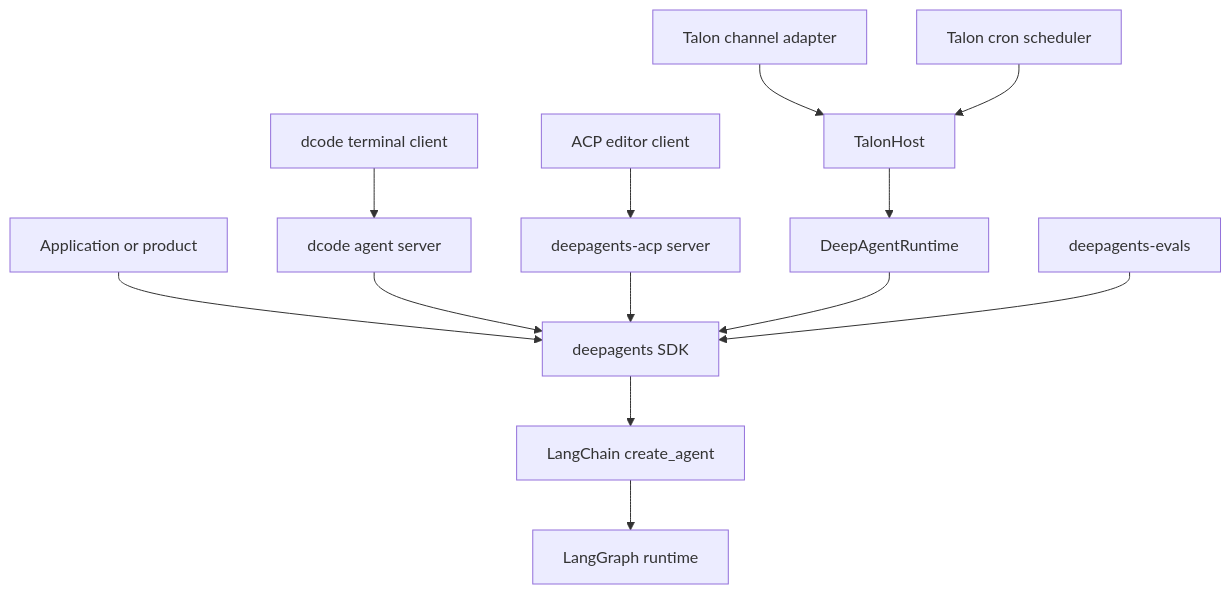
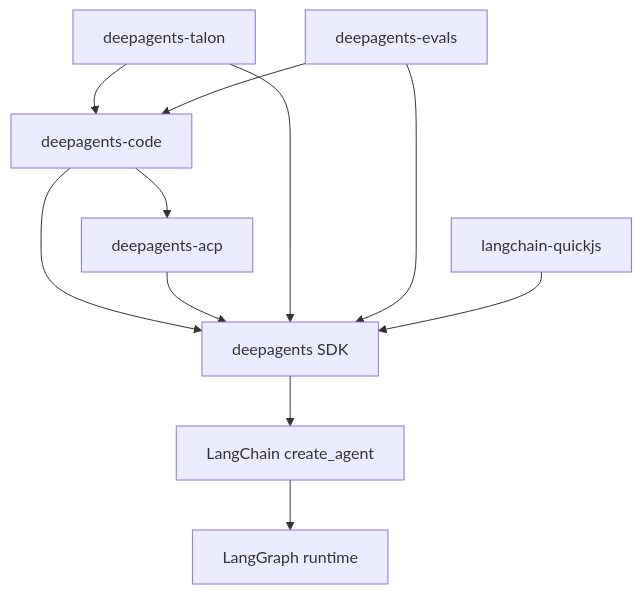
The first of 2 diagrams in openwiki/architecture/overview.md (langchain-ai/deepagents), drawn with Mermaid before and after one commit. The commit also changed other lines of this file and 39 other files, not shown here.

````diff
--- a/openwiki/architecture/overview.md
+++ b/openwiki/architecture/overview.md
@@ -82,15 +85,13 @@
 ```mermaid
 flowchart TD
-  Product["Application or product"] --> SDK["deepagents SDK"]
-  DcodeClient["dcode terminal client"] --> DcodeServer["dcode agent server"]
-  DcodeServer --> SDK
-  Editor["ACP editor client"] --> ACP["deepagents-acp server"]
+  Dcode["deepagents-code"] --> SDK["deepagents SDK"]
+  Dcode --> ACP["deepagents-acp"]
   ACP --> SDK
-  Channel["Talon channel adapter"] --> Host["TalonHost"]
-  Scheduler["Talon cron scheduler"] --> Host
-  Host --> Runtime["DeepAgentRuntime"]
-  Runtime --> SDK
+  Talon["deepagents-talon"] --> SDK
+  Talon --> Dcode
   Evals["deepagents-evals"] --> SDK
+  Evals --> Dcode
+  QuickJS["langchain-quickjs"] --> SDK
   SDK --> LangChain["LangChain create_agent"]
   LangChain --> LangGraph["LangGraph runtime"]
 ```
````
